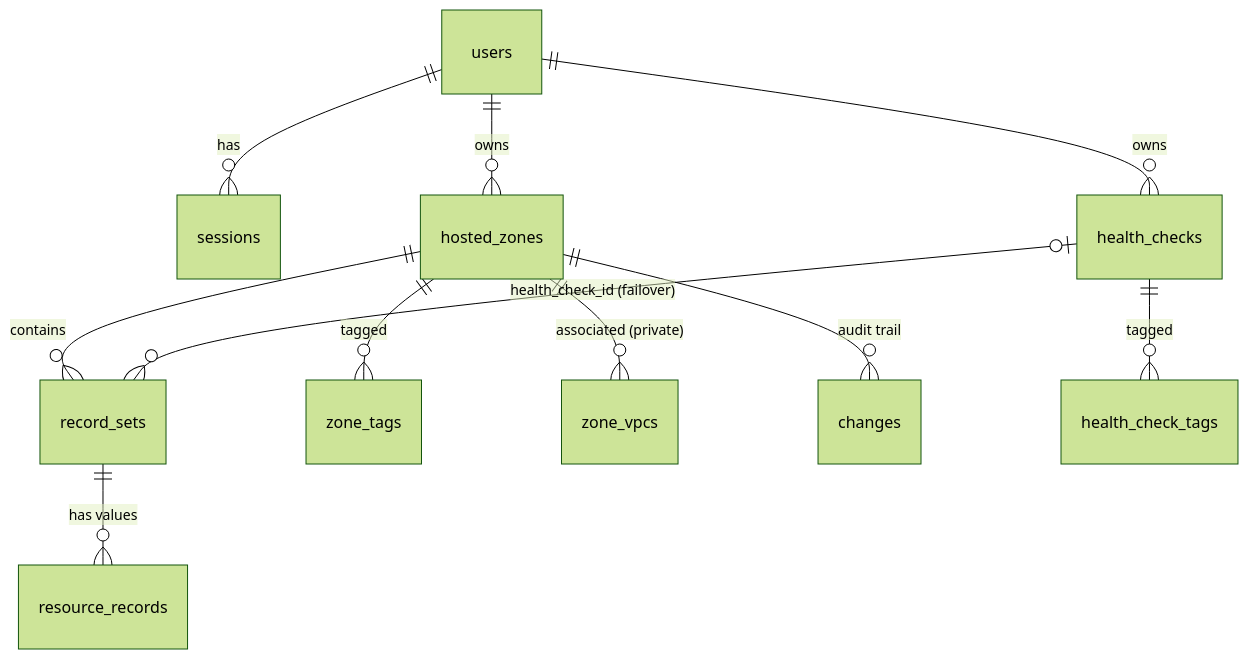
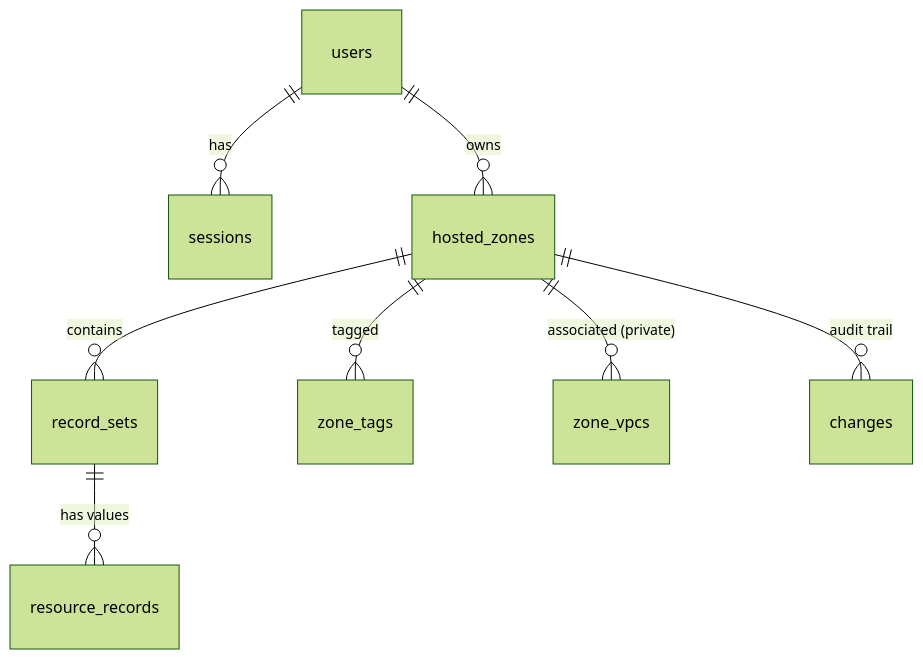
The second of 2 diagrams in README.md (devasyakanwar/route53_clone), drawn with Mermaid (forest theme) before and after one commit. The commit also changed other lines of this file and 40 other files, not shown here.

First line of the commit message:
Remove health checks; Health checks is now a Coming soon page

````diff
--- a/README.md
+++ b/README.md
@@ -110,13 +109,10 @@
 ```mermaid
 erDiagram
   users ||--o{ sessions : has
   users ||--o{ hosted_zones : owns
   hosted_zones ||--o{ record_sets : contains
   record_sets ||--o{ resource_records : "has values"
   hosted_zones ||--o{ zone_tags : tagged
   hosted_zones ||--o{ zone_vpcs : "associated (private)"
   hosted_zones ||--o{ changes : "audit trail"
-  users ||--o{ health_checks : owns
-  health_checks ||--o{ health_check_tags : tagged
-  health_checks |o--o{ record_sets : "health_check_id (failover)"
 ```
````
